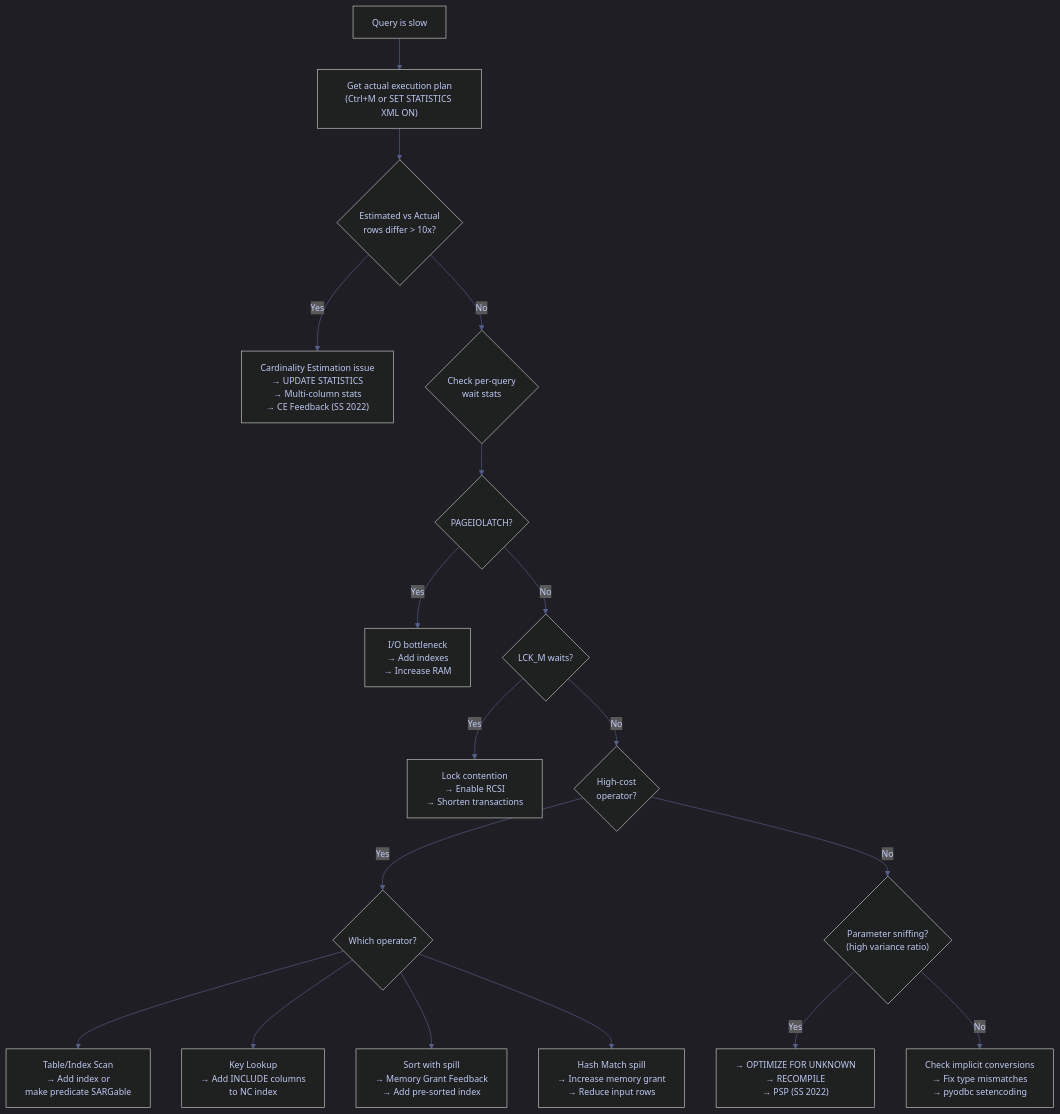
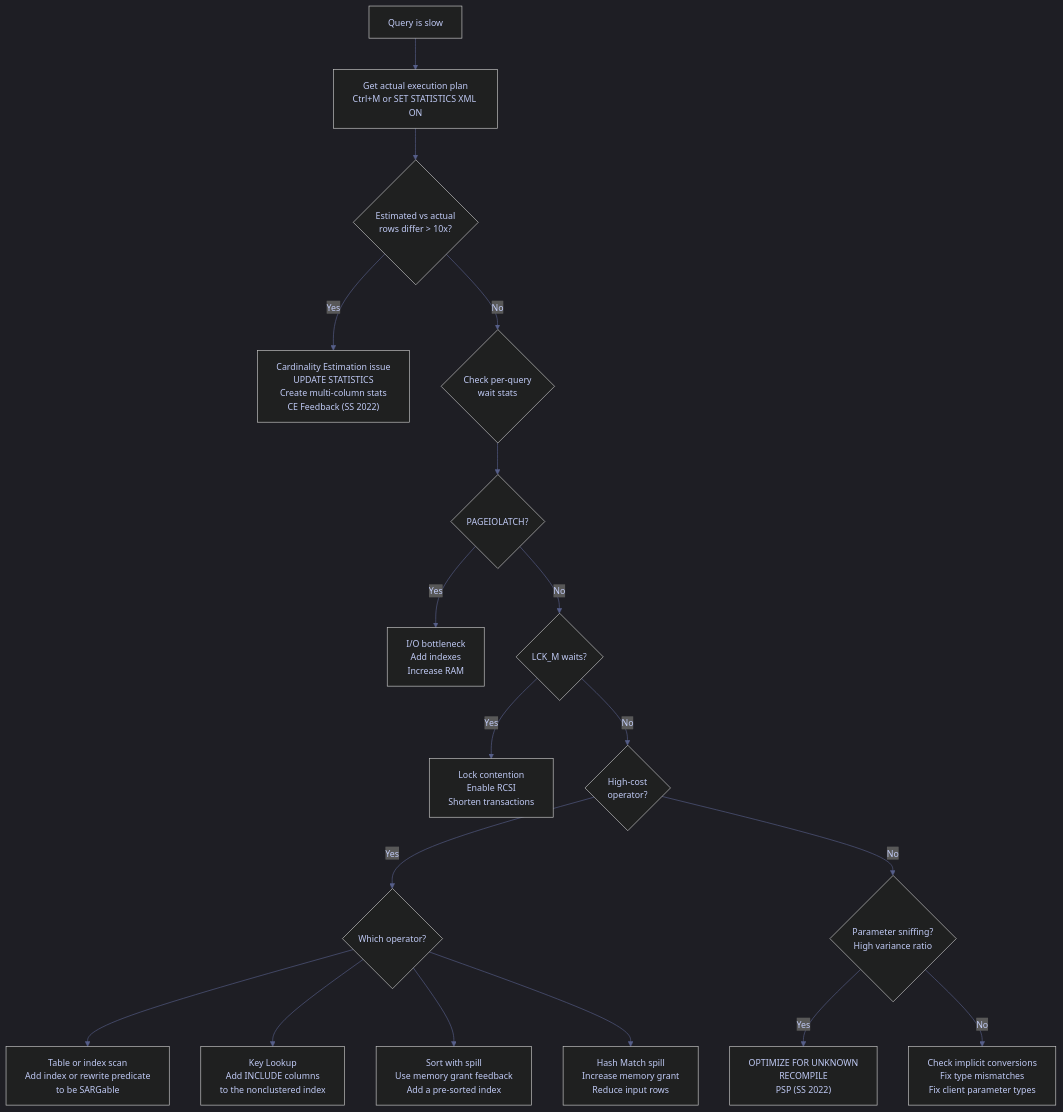
The first of 5 diagrams in content/04-SQL-Server/Performance/execution-plans.md (alp78/elysium), drawn with Mermaid before and after one commit. The commit also changed other lines of this file and 226 other files, not shown here.

````diff
--- a/content/04-SQL-Server/Performance/execution-plans.md
+++ b/content/04-SQL-Server/Performance/execution-plans.md
@@ -34,32 +34,32 @@
 ```mermaid
 %%{init: {'theme': 'dark', 'themeVariables': {
   'primaryColor': '#292e42',
   'primaryTextColor': '#c0caf5',
   'primaryBorderColor': '#565f89',
   'lineColor': '#565f89',
   'secondaryColor': '#1a1b26',
   'tertiaryColor': '#24283b',
   'noteTextColor': '#c0caf5',
   'noteBkgColor': '#292e42',
   'textColor': '#c0caf5',
   'fontSize': '14px'
 }}}%%
 flowchart TD
-    A["Query is slow"] --> B["Get actual execution plan\n(Ctrl+M or SET STATISTICS XML ON)"]
-    B --> C{"Estimated vs Actual\nrows differ > 10x?"}
-    C -->|Yes| D["Cardinality Estimation issue\n→ UPDATE STATISTICS\n→ Multi-column stats\n→ CE Feedback (SS 2022)"]
-    C -->|No| E{"Check per-query\nwait stats"}
+    A["Query is slow"] --> B["Get actual execution plan<br/>Ctrl+M or SET STATISTICS XML ON"]
+    B --> C{"Estimated vs actual<br/>rows differ > 10x?"}
+    C -->|Yes| D["Cardinality Estimation issue<br/>UPDATE STATISTICS<br/>Create multi-column stats<br/>CE Feedback (SS 2022)"]
+    C -->|No| E{"Check per-query<br/>wait stats"}
     E --> F{"PAGEIOLATCH?"}
-    F -->|Yes| G["I/O bottleneck\n→ Add indexes\n→ Increase RAM"]
+    F -->|Yes| G["I/O bottleneck<br/>Add indexes<br/>Increase RAM"]
     F -->|No| H{"LCK_M waits?"}
-    H -->|Yes| I["Lock contention\n→ Enable RCSI\n→ Shorten transactions"]
-    H -->|No| J{"High-cost\noperator?"}
+    H -->|Yes| I["Lock contention<br/>Enable RCSI<br/>Shorten transactions"]
+    H -->|No| J{"High-cost<br/>operator?"}
     J -->|Yes| K{"Which operator?"}
-    K --> L["Table/Index Scan\n→ Add index or\nmake predicate SARGable"]
-    K --> M["Key Lookup\n→ Add INCLUDE columns\nto NC index"]
-    K --> N["Sort with spill\n→ Memory Grant Feedback\n→ Add pre-sorted index"]
-    K --> O["Hash Match spill\n→ Increase memory grant\n→ Reduce input rows"]
-    J -->|No| P{"Parameter sniffing?\n(high variance ratio)"}
-    P -->|Yes| Q["→ OPTIMIZE FOR UNKNOWN\n→ RECOMPILE\n→ PSP (SS 2022)"]
-    P -->|No| R["Check implicit conversions\n→ Fix type mismatches\n→ pyodbc setencoding"]
+    K --> L["Table or index scan<br/>Add index or rewrite predicate<br/>to be SARGable"]
+    K --> M["Key Lookup<br/>Add INCLUDE columns<br/>to the nonclustered index"]
+    K --> N["Sort with spill<br/>Use memory grant feedback<br/>Add a pre-sorted index"]
+    K --> O["Hash Match spill<br/>Increase memory grant<br/>Reduce input rows"]
+    J -->|No| P{"Parameter sniffing?<br/>High variance ratio"}
+    P -->|Yes| Q["OPTIMIZE FOR UNKNOWN<br/>RECOMPILE<br/>PSP (SS 2022)"]
+    P -->|No| R["Check implicit conversions<br/>Fix type mismatches<br/>Fix client parameter types"]
 ```
````
